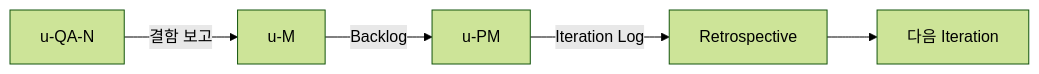
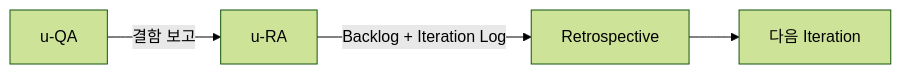
The sixth of 6 diagrams in references/pdca-workflow.md (upleat-ax/u-maker-plugin), drawn with Mermaid (forest theme) before and after one commit. The commit also changed other lines of this file and 61 other files, not shown here.

````diff
--- a/references/pdca-workflow.md
+++ b/references/pdca-workflow.md
@@ -169,7 +176,6 @@
 ```mermaid
 flowchart LR
-    QAN[u-QA-N] -->|결함 보고| M[u-M]
-    M -->|Backlog| PM[u-PM]
-    PM -->|Iteration Log| RETRO[Retrospective]
+    QA[u-QA] -->|결함 보고| RA[u-RA]
+    RA -->|Backlog + Iteration Log| RETRO[Retrospective]
     RETRO --> NEXT[다음 Iteration]
 ```
````
